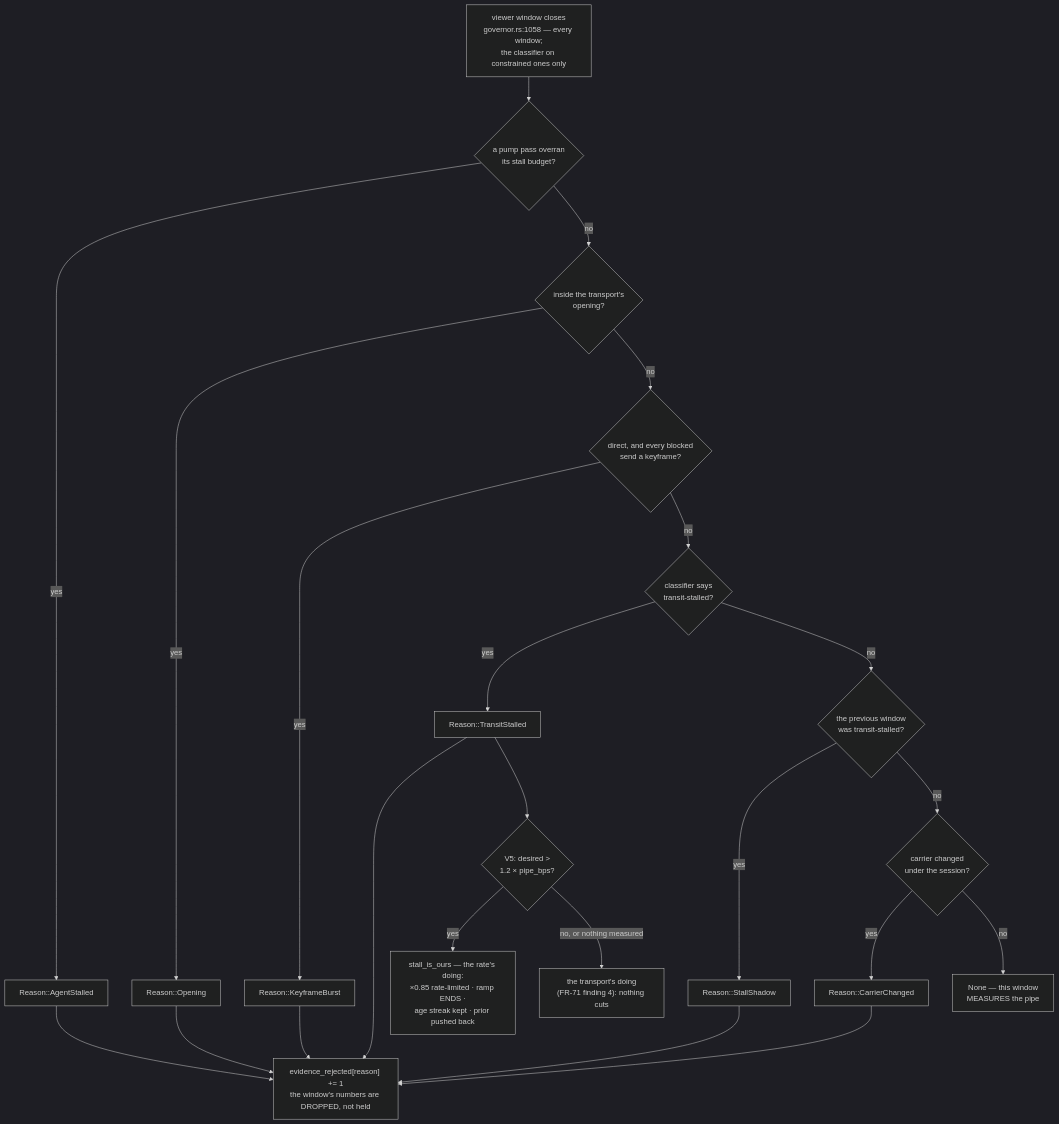
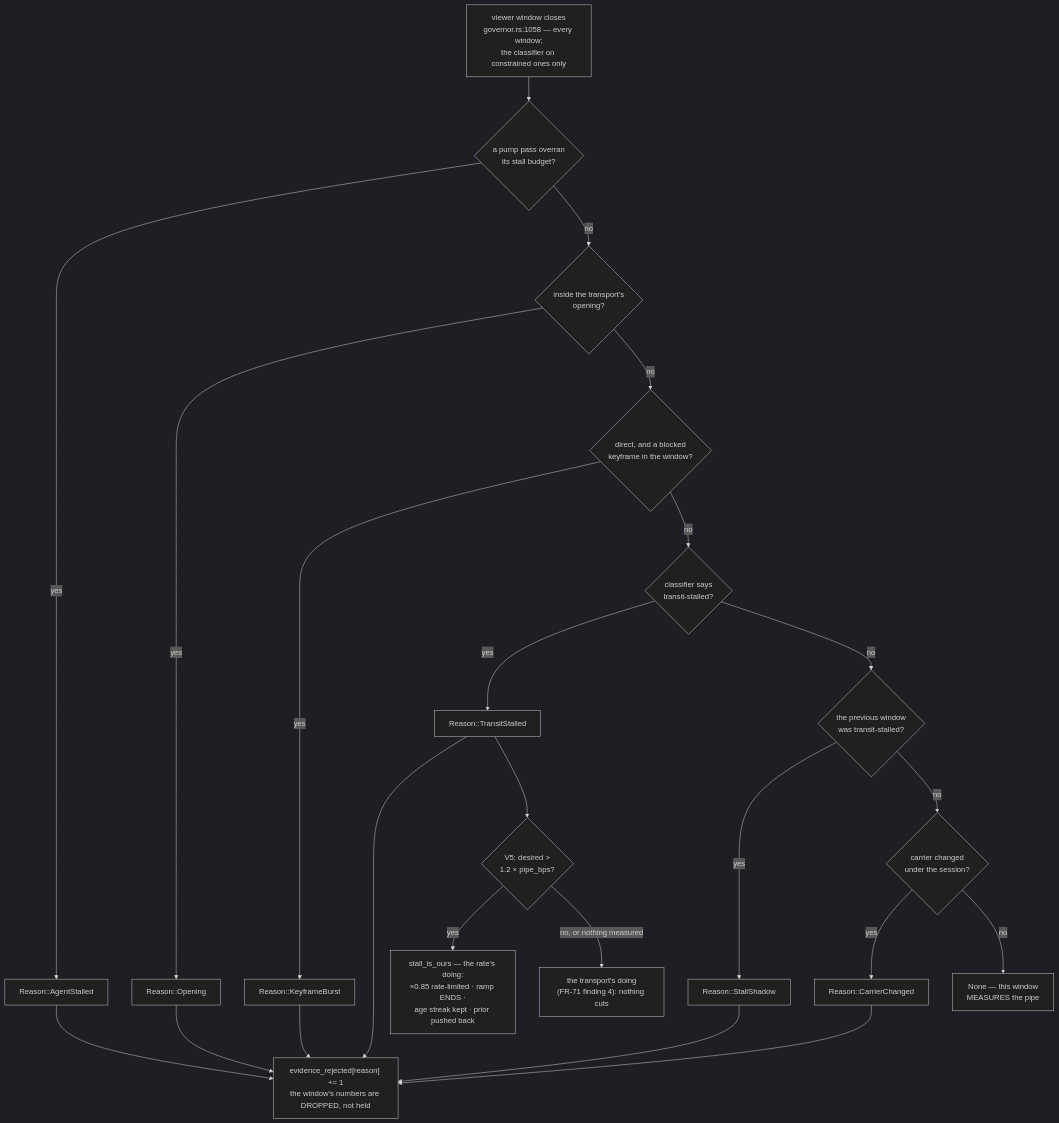
The first of 4 diagrams in docs/rate-control.md (gjovanov/roomler-ai), drawn with Mermaid (dark theme) before and after one commit. The commit also changed other lines of this file and 4 other files, not shown here.

First line of the commit message:
fix(fr-119): P2b-14 — a keyframe in the window is not the pipe, and a light load fails no class

````diff
--- a/docs/rate-control.md
+++ b/docs/rate-control.md
@@ -80,20 +90,20 @@
 ```mermaid
 flowchart TB
     W["viewer window closes<br/>governor.rs:1058 — every window;<br/>the classifier on constrained ones only"] --> A{"a pump pass overran<br/>its stall budget?"}
     A -- yes --> RA["Reason::AgentStalled"]
     A -- no --> O{"inside the transport's<br/>opening?"}
     O -- yes --> RO["Reason::Opening"]
-    O -- no --> K{"direct, and every blocked<br/>send a keyframe?"}
+    O -- no --> K{"direct, and a blocked<br/>keyframe in the window?"}
     K -- yes --> RK["Reason::KeyframeBurst"]
     K -- no --> T{"classifier says<br/>transit-stalled?"}
     T -- yes --> RT["Reason::TransitStalled"]
     T -- no --> S{"the previous window<br/>was transit-stalled?"}
     S -- yes --> RS["Reason::StallShadow"]
     S -- no --> C{"carrier changed<br/>under the session?"}
     C -- yes --> RC["Reason::CarrierChanged"]
     C -- no --> OK["None — this window<br/>MEASURES the pipe"]
     RA & RO & RK & RT & RS & RC --> REJ["evidence_rejected[reason] += 1<br/>the window's numbers are DROPPED, not held"]
     RT --> V5{"V5: desired ><br/>1.2 × pipe_bps?"}
     V5 -- yes --> OURS["stall_is_ours — the rate's doing:<br/>×0.85 rate-limited · ramp ENDS ·<br/>age streak kept · prior pushed back"]
     V5 -- "no, or nothing measured" --> HOLD["the transport's doing<br/>(FR-71 finding 4): nothing cuts"]
 ```
````
